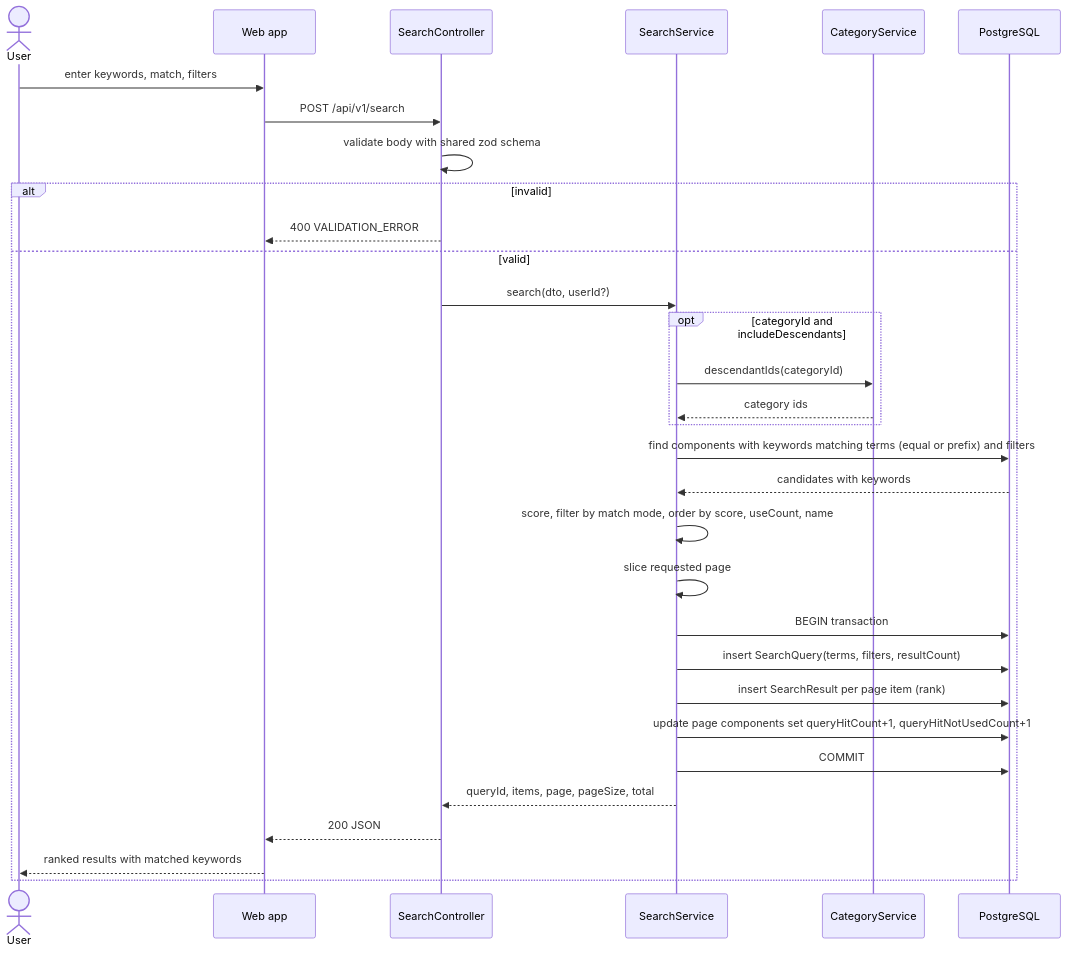
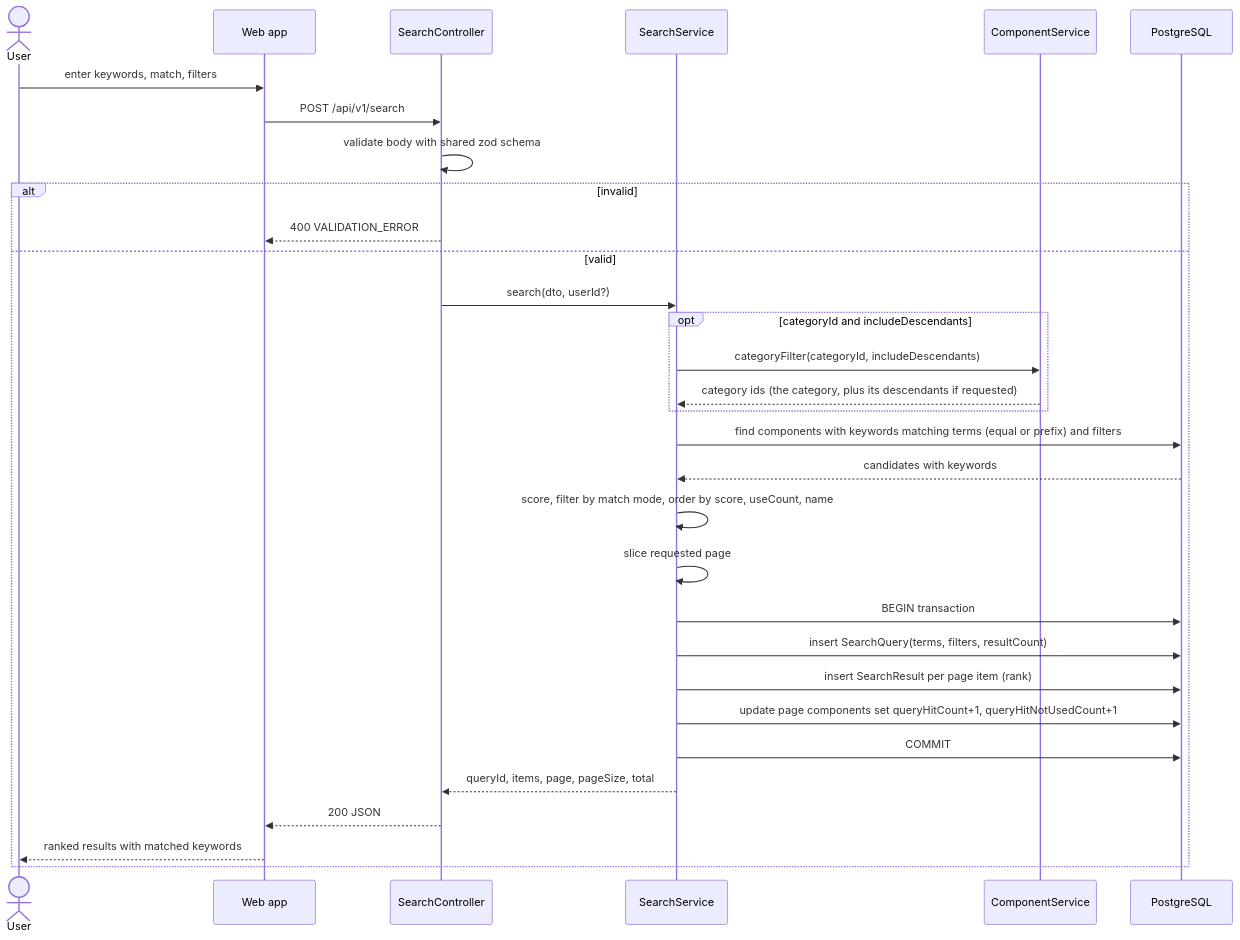
Before and after one commit to YashIIT0909/SWE_LAB_Assignment: the fourth of 9 diagrams in docs/04-design.md, drawn with Mermaid. The commit also changed other lines of this file and 8 other files, not shown here.

First line of the commit message:
Update the use case and design docs for the new UML diagrams

````diff
--- a/docs/04-design.md
+++ b/docs/04-design.md
@@ -340,34 +241,34 @@
 ```mermaid
 sequenceDiagram
     actor U as User
     participant W as Web app
     participant API as SearchController
     participant S as SearchService
-    participant C as CategoryService
+    participant C as ComponentService
     participant DB as PostgreSQL
 
     U->>W: enter keywords, match, filters
     W->>API: POST /api/v1/search
     API->>API: validate body with shared zod schema
     alt invalid
         API-->>W: 400 VALIDATION_ERROR
     else valid
         API->>S: search(dto, userId?)
         opt categoryId and includeDescendants
-            S->>C: descendantIds(categoryId)
-            C-->>S: category ids
+            S->>C: categoryFilter(categoryId, includeDescendants)
+            C-->>S: category ids (the category, plus its descendants if requested)
         end
         S->>DB: find components with keywords matching terms (equal or prefix) and filters
         DB-->>S: candidates with keywords
         S->>S: score, filter by match mode, order by score, useCount, name
         S->>S: slice requested page
         S->>DB: BEGIN transaction
         S->>DB: insert SearchQuery(terms, filters, resultCount)
         S->>DB: insert SearchResult per page item (rank)
         S->>DB: update page components set queryHitCount+1, queryHitNotUsedCount+1
         S->>DB: COMMIT
         S-->>API: queryId, items, page, pageSize, total
         API-->>W: 200 JSON
         W-->>U: ranked results with matched keywords
     end
 ```
````
